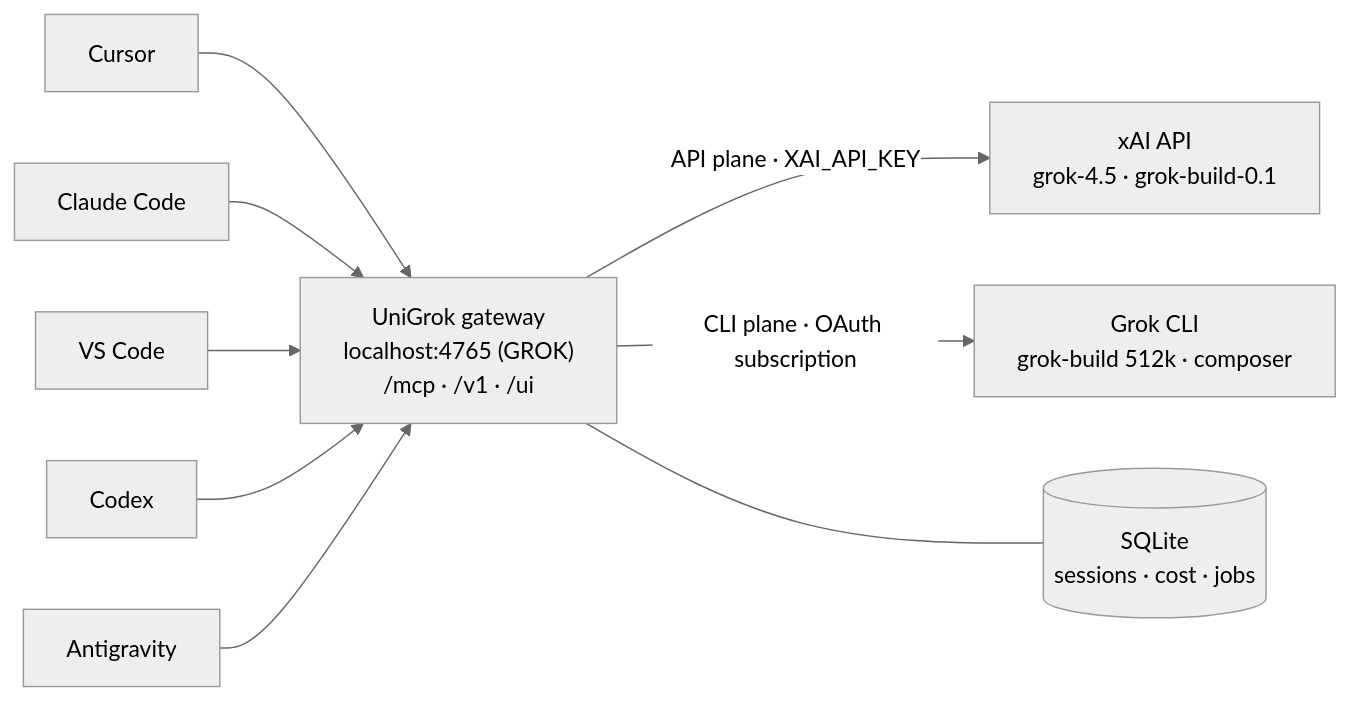
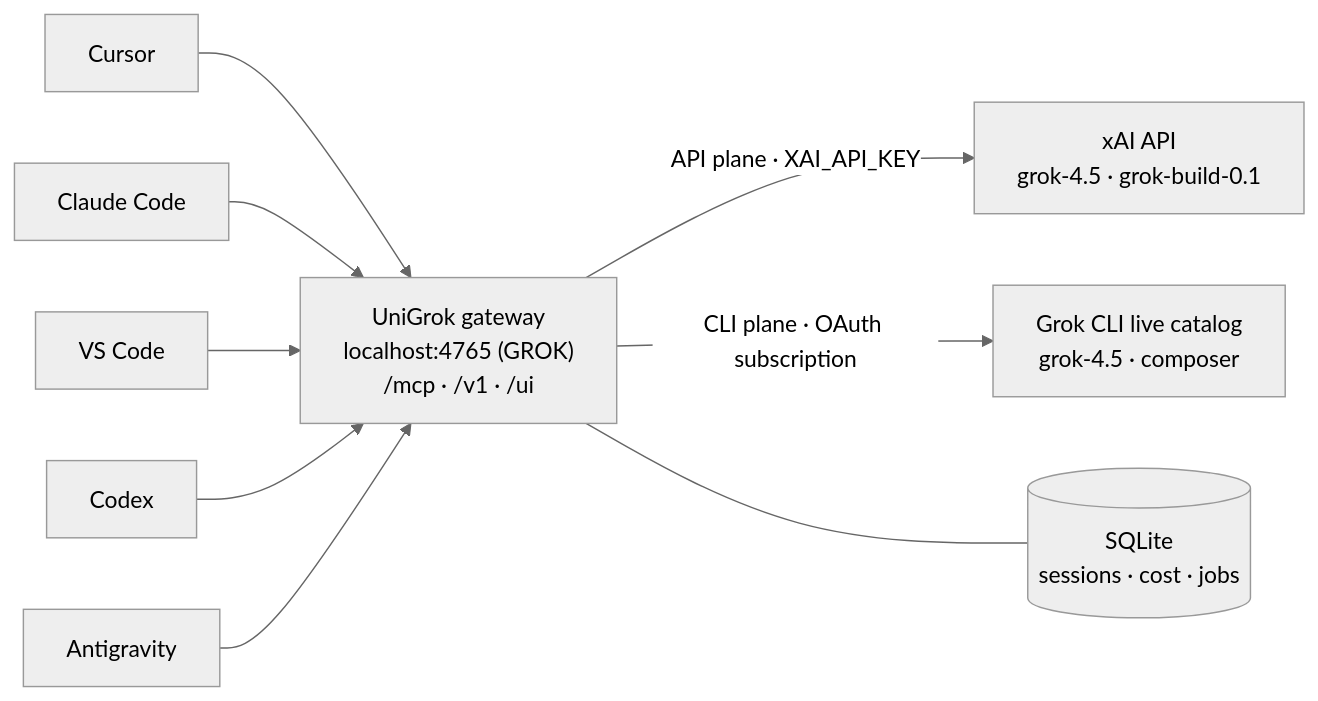
Before and after one commit to djtelicloud/grok-mcp-server: the diagram in README.md, drawn with Mermaid (neutral theme). The commit also changed other lines of this file and 20 other files, not shown here.

Commit message:
fix: select live CLI models and repair auth volume

````diff
--- a/README.md
+++ b/README.md
@@ -302,12 +302,12 @@
 ```mermaid
 flowchart LR
     CU[Cursor] --> GW
     CC[Claude Code] --> GW
     VS[VS Code] --> GW
     CX[Codex] --> GW
     AG[Antigravity] --> GW
     GW["UniGrok gateway<br/>localhost:4765 (GROK)<br/>/mcp · /v1 · /ui"]
     GW -->|API plane · XAI_API_KEY| API["xAI API<br/>grok-4.5 · grok-build-0.1"]
-    GW -->|CLI plane · OAuth subscription| CLI["Grok CLI<br/>grok-build 512k · composer"]
+    GW -->|CLI plane · OAuth subscription| CLI["Grok CLI live catalog<br/>grok-4.5 · composer"]
     GW --- ST[("SQLite<br/>sessions · cost · jobs")]
 ```
````
